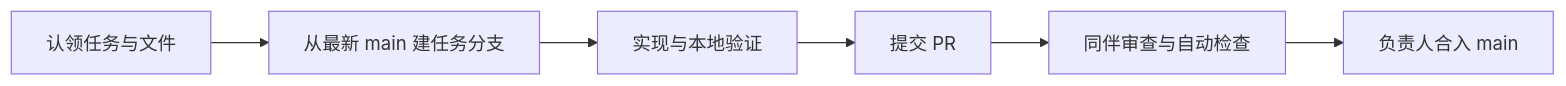
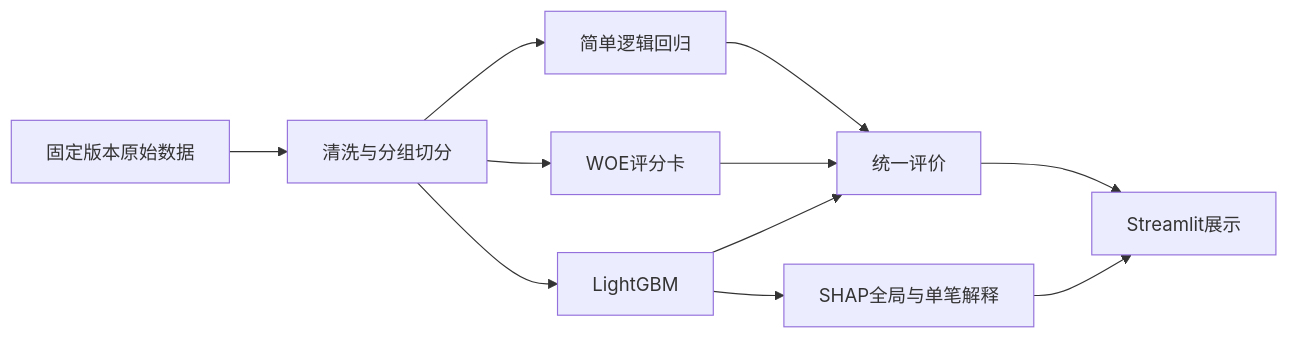
One commit to ThreshoLdnnis/credit-risk-scoring-team changed the diagram in README.md. Above: the diagram before and after it, drawn with Mermaid. The commit also changed other lines of this file and 16 other files, not shown here.

````diff
--- a/README.md
+++ b/README.md
@@ -23,8 +7,13 @@
 ```mermaid
 flowchart LR
-    A[认领任务与文件] --> B[从最新 main 建任务分支]
-    B --> C[实现与本地验证]
-    C --> D[提交 PR]
-    D --> E[同伴审查与自动检查]
-    E --> F[负责人合入 main]
+    A[固定版本原始数据] --> B[清洗与分组切分]
+    B --> C[简单逻辑回归]
+    B --> D[WOE评分卡]
+    B --> E[LightGBM]
+    C --> F[统一评价]
+    D --> F
+    E --> F
+    E --> G[SHAP全局与单笔解释]
+    F --> H[Streamlit展示]
+    G --> H
 ```
````
